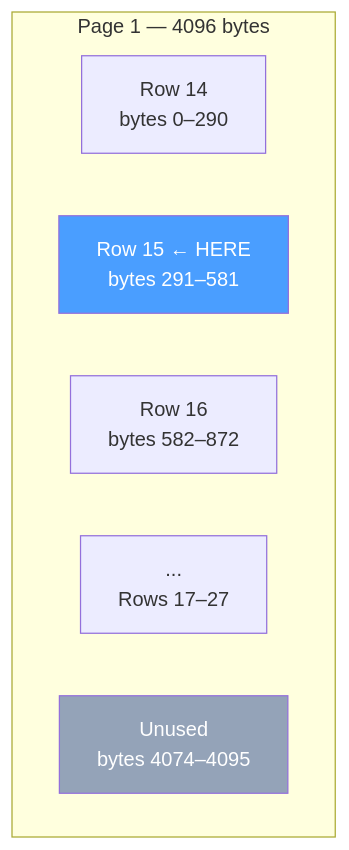
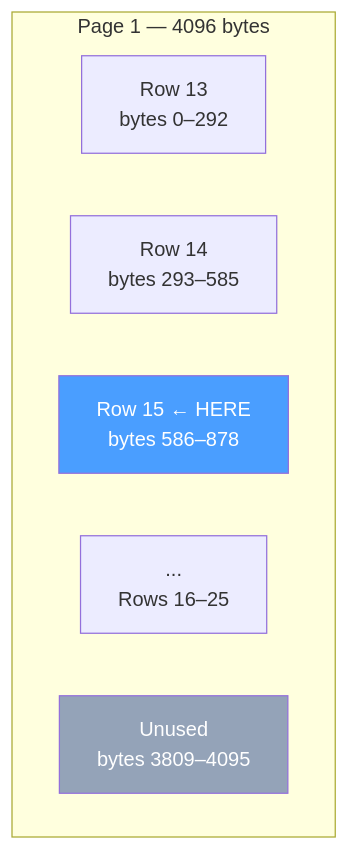
The fifth of 6 diagrams in blog/part3-storing-data.md (SuhelMehta9/custom-database), drawn with Mermaid before and after one commit. The commit also changed other lines of this file and 3 other files, not shown here.

````diff
--- a/blog/part3-storing-data.md
+++ b/blog/part3-storing-data.md
@@ -730,13 +730,13 @@
 ```mermaid
 graph TD
     subgraph Page1["Page 1 — 4096 bytes"]
-        R14["Row 14<br/>bytes 0–290"]
-        R15["Row 15 ← HERE<br/>bytes 291–581"]
-        R16["Row 16<br/>bytes 582–872"]
-        REST["...<br/>Rows 17–27"]
-        EMPTY["Unused<br/>bytes 4074–4095"]
+        R13["Row 13<br/>bytes 0–292"]
+        R14["Row 14<br/>bytes 293–585"]
+        R15["Row 15 ← HERE<br/>bytes 586–878"]
+        REST["...<br/>Rows 16–25"]
+        EMPTY["Unused<br/>bytes 3809–4095"]
     end
 
     style R15 fill:#4a9eff,color:#fff
     style EMPTY fill:#94a3b8,color:#fff
 ```
````
